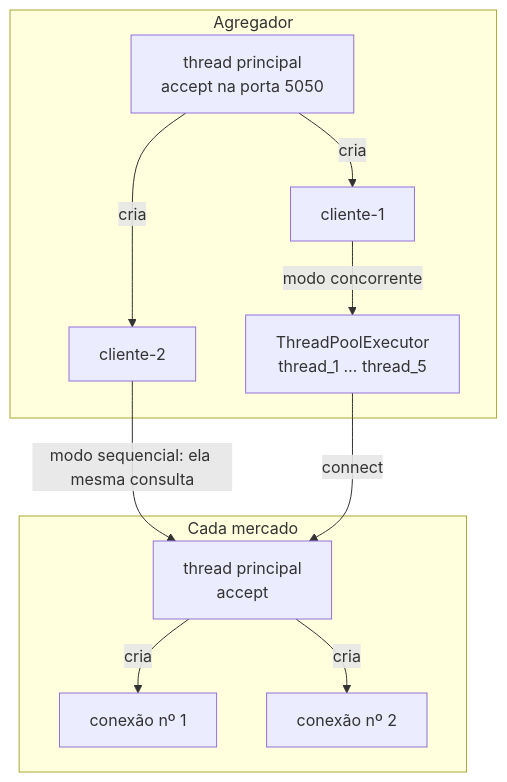
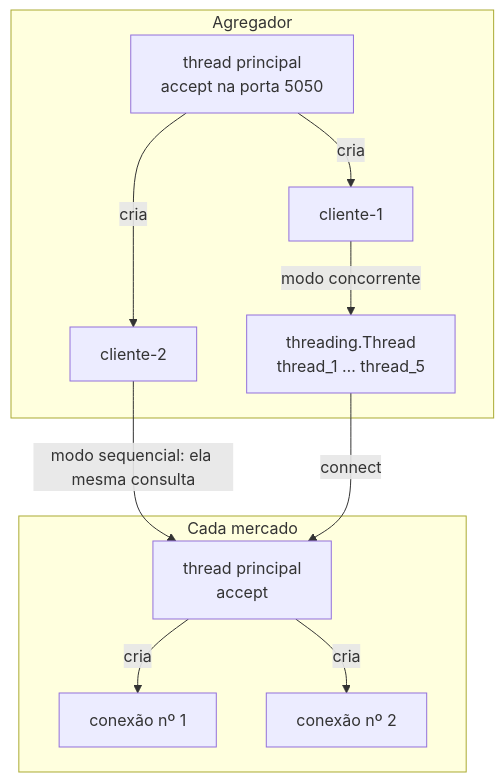
The second of 4 diagrams in docs/arquitetura.md (coelhomarcus/market-sync), drawn with Mermaid before and after one commit. The commit also changed other lines of this file and 35 other files, not shown here.

````diff
--- a/docs/arquitetura.md
+++ b/docs/arquitetura.md
@@ -119,19 +119,19 @@
 ```mermaid
 flowchart TB
     subgraph Agregador
         TA[thread principal<br/>accept na porta 5050]
         C1[cliente-1]
         C2[cliente-2]
-        TP[ThreadPoolExecutor<br/>thread_1 … thread_5]
+        TP[threading.Thread<br/>thread_1 … thread_5]
     end
     subgraph "Cada mercado"
         AC[thread principal<br/>accept]
         H1[conexão nº 1]
         H2[conexão nº 2]
     end
     TA -- cria --> C1 & C2
     C1 -- modo concorrente --> TP
     C2 -- modo sequencial: ela mesma consulta --> AC
     TP -- connect --> AC
     AC -- cria --> H1 & H2
 ```
````
